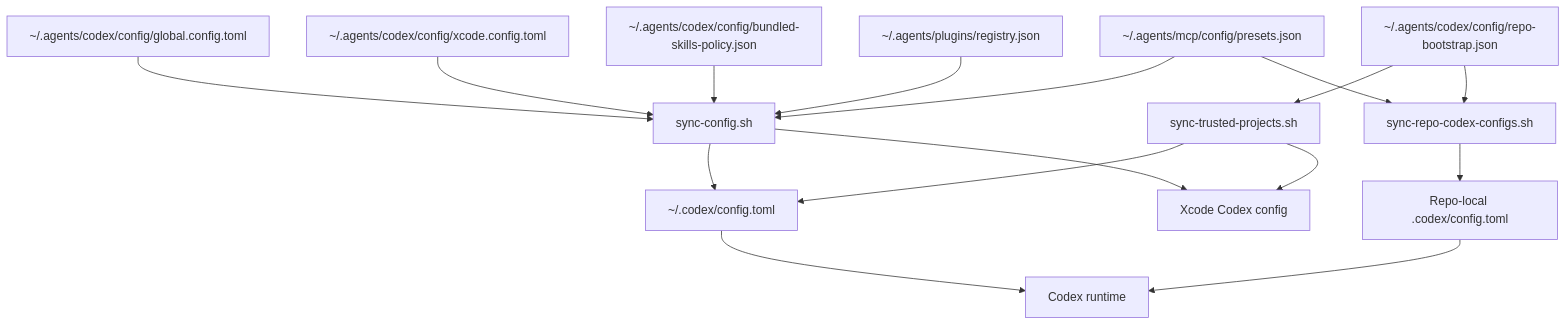
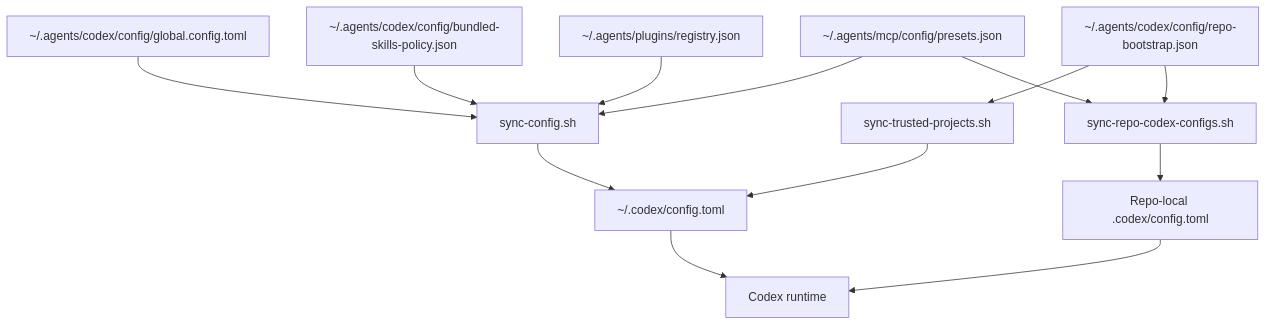
The diagram in docs/architecture/codex-config-layers.md (wisdom-in-a-nutshell/.agents), drawn with Mermaid before and after one commit. The commit also changed other lines of this file and 36 other files, not shown here.

````diff
--- a/docs/architecture/codex-config-layers.md
+++ b/docs/architecture/codex-config-layers.md
@@ -9,32 +9,27 @@
 ```mermaid
 flowchart TD
     A[~/.agents/codex/config/global.config.toml]
-    B[~/.agents/codex/config/xcode.config.toml]
     C[~/.agents/codex/config/repo-bootstrap.json]
     D[~/.agents/mcp/config/presets.json]
     P[~/.agents/plugins/registry.json]
     L[~/.agents/codex/config/bundled-skills-policy.json]
     E[sync-trusted-projects.sh]
     F[sync-repo-codex-configs.sh]
     K[sync-config.sh]
     G[~/.codex/config.toml]
-    H[Xcode Codex config]
     I[Repo-local .codex/config.toml]
     J[Codex runtime]
 
     A --> K
-    B --> K
     L --> K
     C --> E
     C --> F
     D --> K
     D --> F
     P --> K
     K --> G
-    K --> H
     E --> G
-    E --> H
     F --> I
     G --> J
     I --> J
 ```
````
